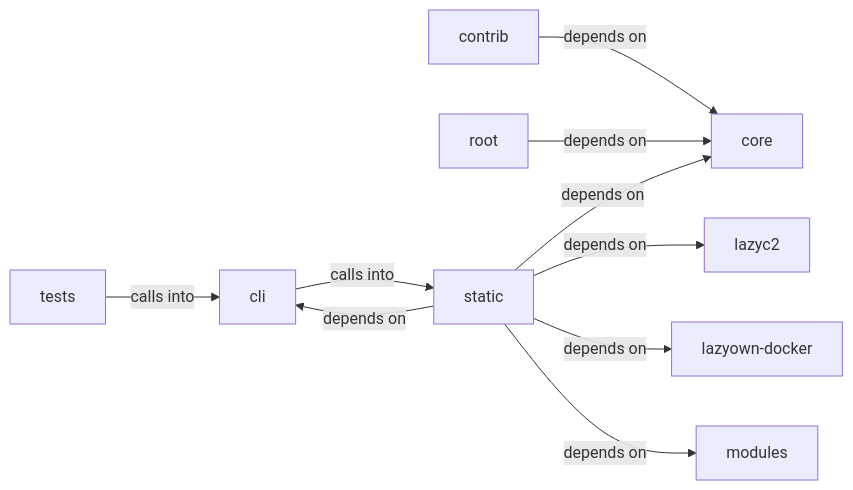
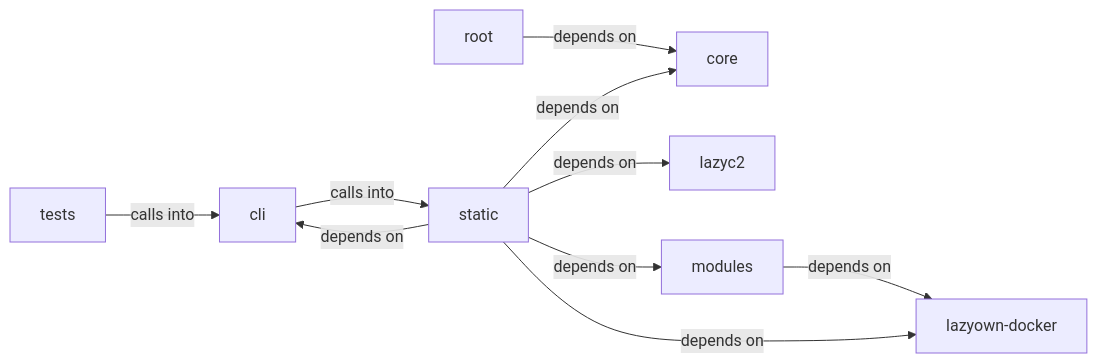
The diagram in readmenator-diagrams/static_js.md (grisuno/LazyOwn), drawn with Mermaid before and after one commit. The commit also changed other lines of this file and 246 other files, not shown here.

````diff
--- a/readmenator-diagrams/static_js.md
+++ b/readmenator-diagrams/static_js.md
@@ -5,21 +5,20 @@
 ```mermaid
 graph LR
     cli["cli"]
-    contrib["contrib"]
     core["core"]
     lazyc2["lazyc2"]
     lazyown_docker["lazyown-docker"]
     modules["modules"]
     root["root"]
     static["static"]
     tests["tests"]
     cli -- "calls into" --> static
-    contrib -- "depends on" --> core
+    modules -- "depends on" --> lazyown_docker
     root -- "depends on" --> core
     static -- "depends on" --> cli
     static -- "depends on" --> core
     static -- "depends on" --> lazyc2
     static -- "depends on" --> lazyown_docker
     static -- "depends on" --> modules
     tests -- "calls into" --> cli
 ```
````
